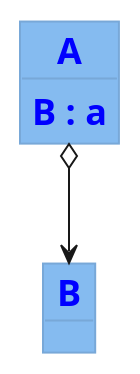
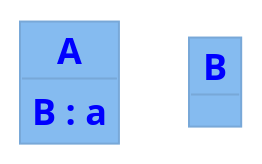
One commit to Gowa2017/skynetgame changed the diagram in docs/test.puml. Above: the diagram before and after it, drawn with PlantUML. The commit also changed 2 other files, not shown here.

```diff
--- a/docs/test.puml
+++ b/docs/test.puml
@@ -1,24 +1,23 @@
 @startuml TEST
 
 skinparam ObjectAttributeFontColor red
 skinparam ObjectAttributeFontName "WenQuanYi Zen He"
 skinparam ObjectAttributeFontSize 16
 skinparam ObjectAttributeFontStyle bold
 skinparam ObjectBackgroundColor #85BBF0
 skinparam ObjectBorderColor #78A8D8
 skinparam ObjectBorderThickness 1
 skinparam ObjectFontColor blue
 skinparam ObjectFontName "WenQuanYi Zen He"
 skinparam ObjectFontSize 18
 skinparam ObjectFontStyle bold
 ' skinparam ObjectStereotypeFontColor gray
 ' skinparam ObjectStereotypeFontName
 ' skinparam ObjectStereotypeFontSize
 ' skinparam ObjectStereotypeFontStyle
 object A{
     B : a
 }
 object B
 
-A o--> B
 @enduml
```
